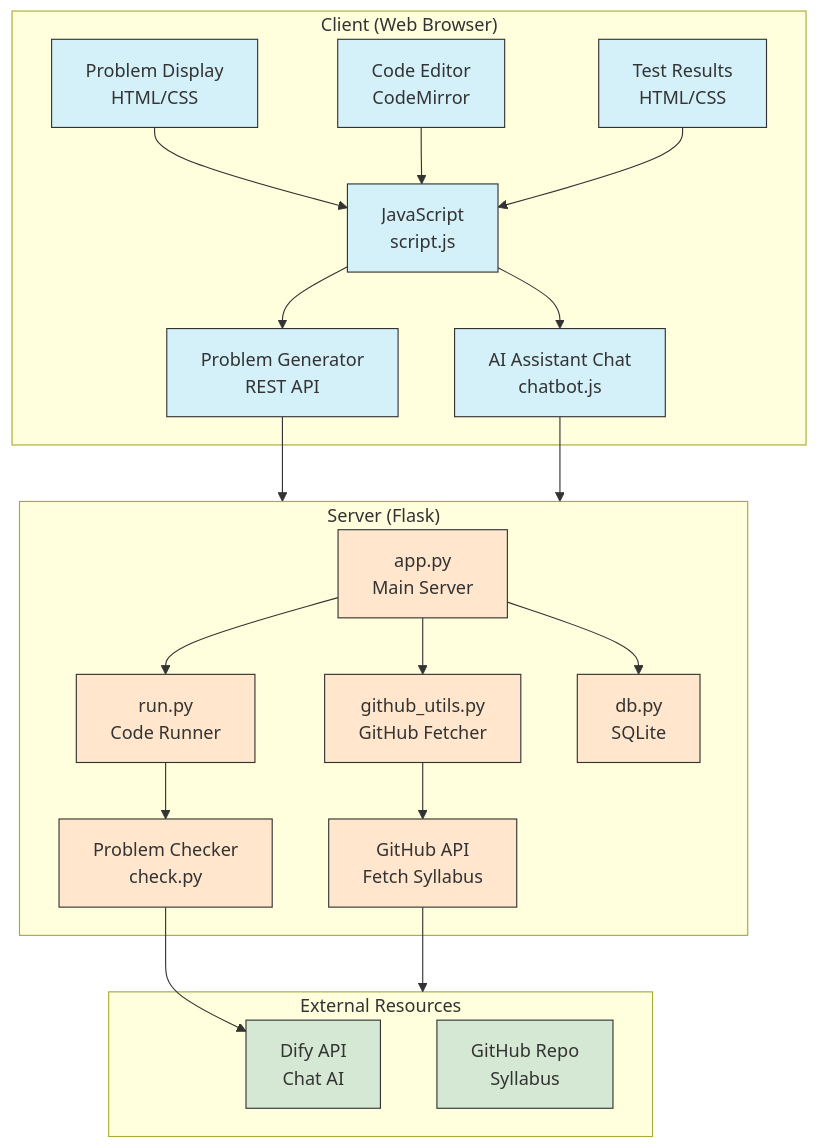
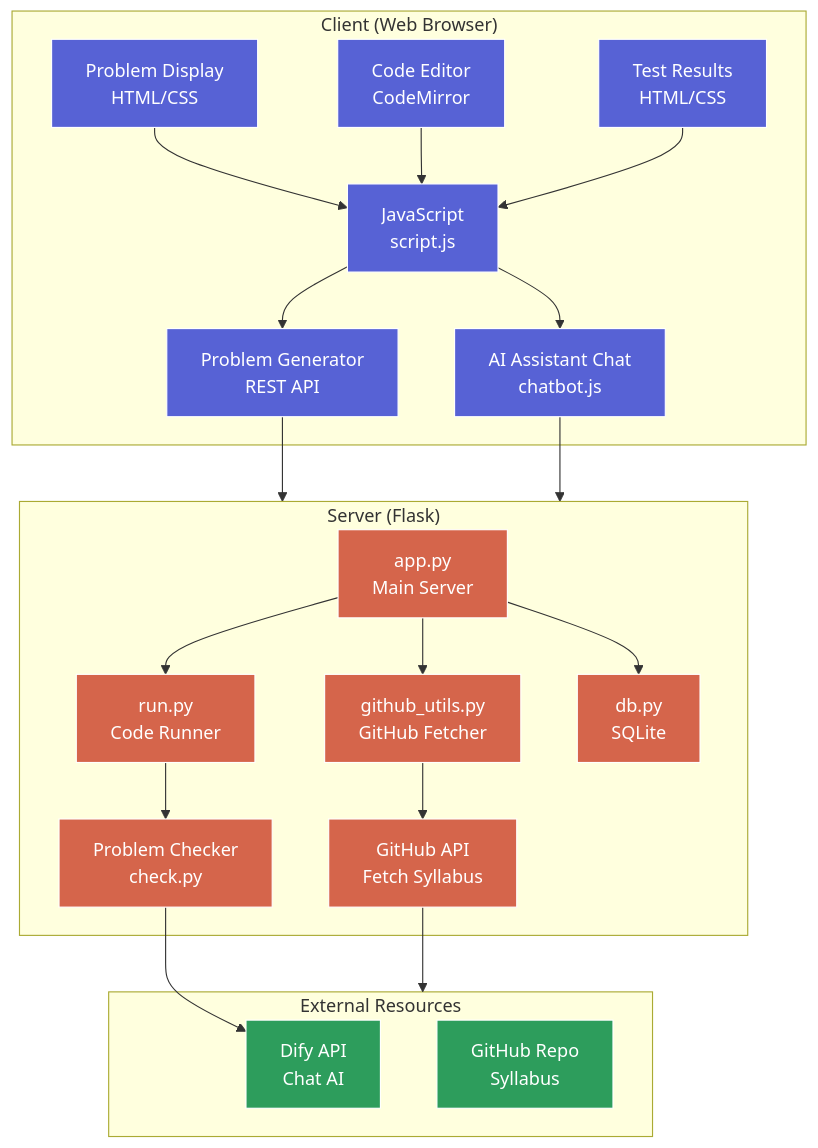
One commit to PatrickJYKang/problem_generator changed the first of 5 diagrams in Architecture_and_Tech_Stack.md. Above: the diagram before and after it, drawn with Mermaid. The commit also changed other lines of this file, not shown here.

Commit message:
Updated Mermaid diagrams with dark mode optimized colors

````diff
--- a/Architecture_and_Tech_Stack.md
+++ b/Architecture_and_Tech_Stack.md
@@ -5,52 +5,52 @@
 ```mermaid
 flowchart TB
     subgraph Client["Client (Web Browser)"]
         ProblemDisplay["Problem Display\nHTML/CSS"] 
         CodeEditor["Code Editor\nCodeMirror"] 
         TestResults["Test Results\nHTML/CSS"]
         JavaScript["JavaScript\nscript.js"]
         API["Problem Generator\nREST API"]
         Chat["AI Assistant Chat\nchatbot.js"]
         
         ProblemDisplay --> JavaScript
         CodeEditor --> JavaScript
         TestResults --> JavaScript
         JavaScript --> API
         JavaScript --> Chat
     end
     
     API --> Server
     Chat --> Server
     
     subgraph Server["Server (Flask)"]
         AppPy["app.py\nMain Server"]
         GitHubUtils["github_utils.py\nGitHub Fetcher"]
         RunPy["run.py\nCode Runner"]
         DbPy["db.py\nSQLite"]
         GitHubAPI["GitHub API\nFetch Syllabus"]
         Checker["Problem Checker\ncheck.py"]
         
         AppPy --> GitHubUtils
         AppPy --> RunPy
         AppPy --> DbPy
         GitHubUtils --> GitHubAPI
         RunPy --> Checker
     end
     
     GitHubAPI --> External
     Checker --> DifyAPI
     
     subgraph External["External Resources"]
         GitHubRepo["GitHub Repo\nSyllabus"]
         DifyAPI["Dify API\nChat AI"]
     end
     
-    %% Using better contrasting colors for readability
-    classDef clientNodes fill:#d4f1f9,stroke:#333,stroke-width:1px;
-    classDef serverNodes fill:#ffe6cc,stroke:#333,stroke-width:1px;
-    classDef externalNodes fill:#d5e8d4,stroke:#333,stroke-width:1px;
+    %% Using colors optimized for dark mode readability
+    classDef clientNodes fill:#5762d5,stroke:#fff,stroke-width:1px,color:#fff;
+    classDef serverNodes fill:#d5654b,stroke:#fff,stroke-width:1px,color:#fff;
+    classDef externalNodes fill:#2d9d5c,stroke:#fff,stroke-width:1px,color:#fff;
     
     class ProblemDisplay,CodeEditor,TestResults,JavaScript,API,Chat clientNodes;
     class AppPy,GitHubUtils,RunPy,DbPy,GitHubAPI,Checker serverNodes;
     class GitHubRepo,DifyAPI externalNodes;
 ```
````
